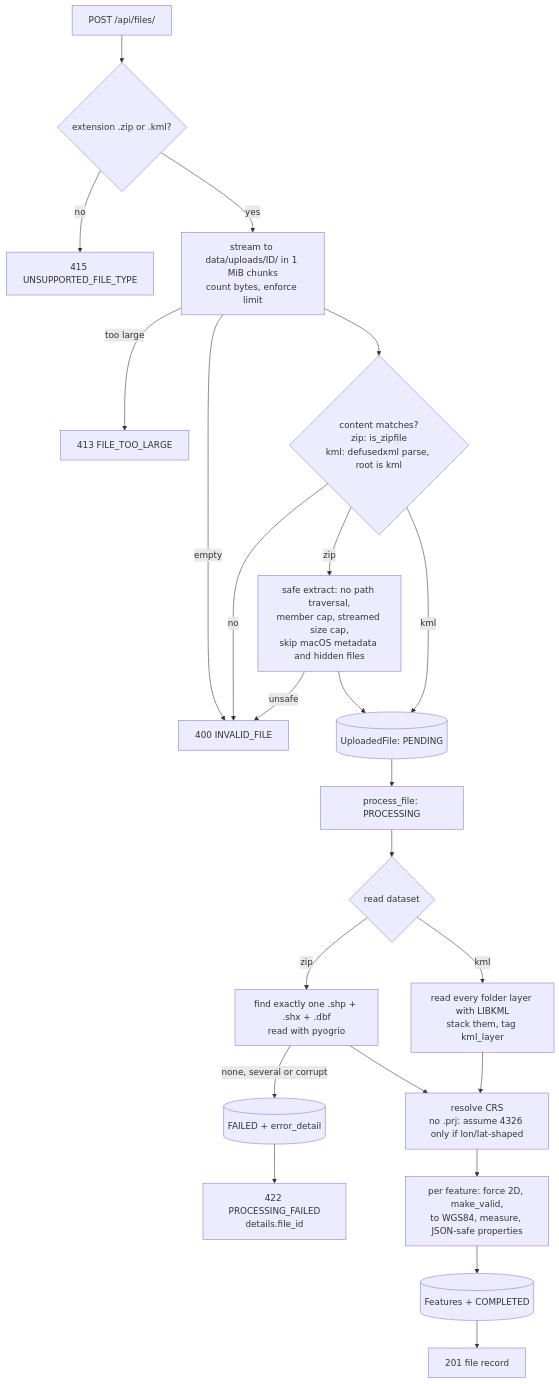
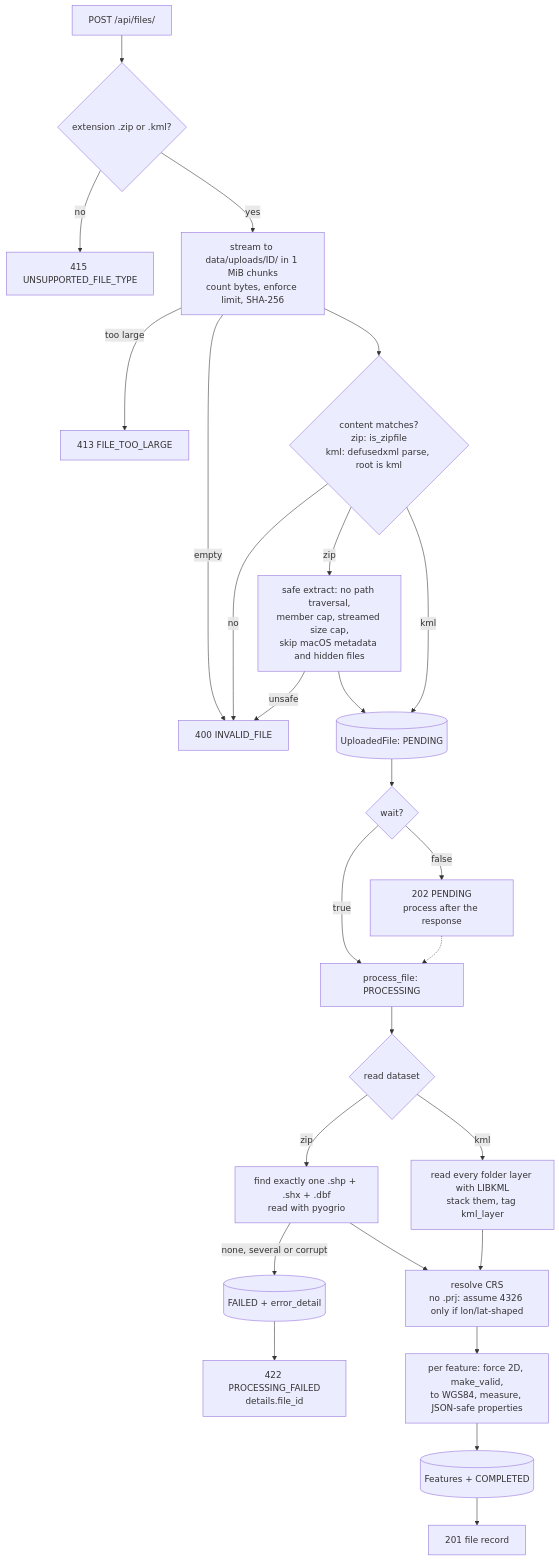
The first of 2 diagrams in README.md (SuvidhJ/Geospatial-file-measurement-API), drawn with Mermaid before and after one commit. The commit also changed other lines of this file and 3 other files, not shown here.

````diff
--- a/README.md
+++ b/README.md
@@ -404,25 +515,28 @@
 ```mermaid
 flowchart TD
     A["POST /api/files/"] --> B{"extension .zip or .kml?"}
     B -- no --> E415["415 UNSUPPORTED_FILE_TYPE"]
-    B -- yes --> C["stream to data/uploads/ID/ in 1 MiB chunks<br/>count bytes, enforce limit"]
+    B -- yes --> C["stream to data/uploads/ID/ in 1 MiB chunks<br/>count bytes, enforce limit, SHA-256"]
     C -- "too large" --> E413["413 FILE_TOO_LARGE"]
     C -- empty --> E400["400 INVALID_FILE"]
     C --> D{"content matches?<br/>zip: is_zipfile<br/>kml: defusedxml parse, root is kml"}
     D -- no --> E400
     D -- zip --> F["safe extract: no path traversal,<br/>member cap, streamed size cap,<br/>skip macOS metadata and hidden files"]
     F -- unsafe --> E400
     F --> G[("UploadedFile: PENDING")]
     D -- kml --> G
-    G --> H["process_file: PROCESSING"]
+    G --> Q{"wait?"}
+    Q -- "false" --> R202["202 PENDING<br/>process after the response"]
+    Q -- "true" --> H["process_file: PROCESSING"]
+    R202 -.-> H
     H --> I{"read dataset"}
     I -- zip --> J["find exactly one .shp + .shx + .dbf<br/>read with pyogrio"]
     I -- kml --> K["read every folder layer with LIBKML<br/>stack them, tag kml_layer"]
     J -- "none, several or corrupt" --> FAIL[("FAILED + error_detail")]
     FAIL --> E422["422 PROCESSING_FAILED<br/>details.file_id"]
     J --> L["resolve CRS<br/>no .prj: assume 4326 only if lon/lat-shaped"]
     K --> L
     L --> M["per feature: force 2D, make_valid,<br/>to WGS84, measure, JSON-safe properties"]
     M --> N[("Features + COMPLETED")]
     N --> R201["201 file record"]
 ```
````
